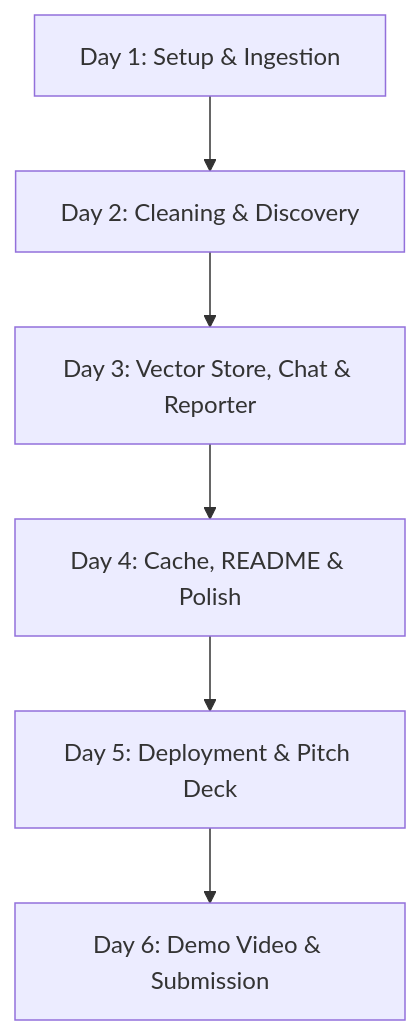
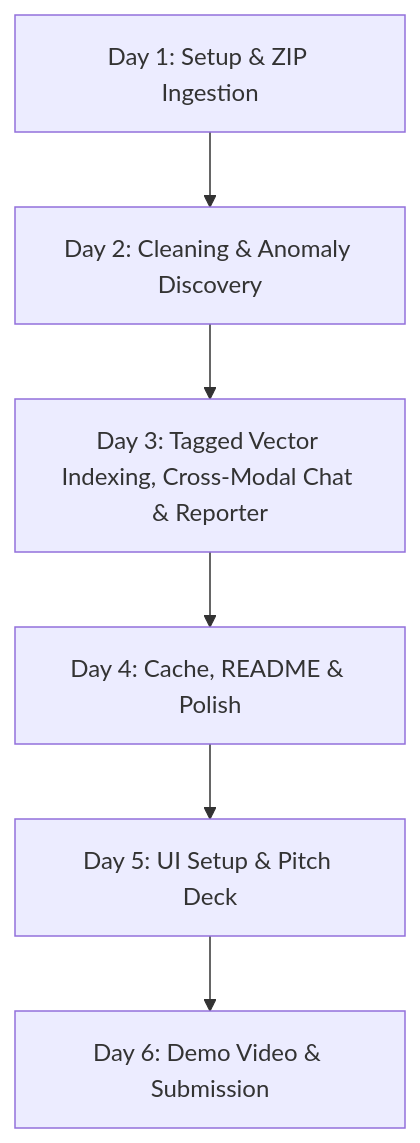
One commit to manasdutta04/meshloop changed the diagram in agent.md. Above: the diagram before and after it, drawn with Mermaid. The commit also changed other lines of this file and 1 other file, not shown here.

````diff
--- a/agent.md
+++ b/agent.md
@@ -51,8 +51,8 @@
 ```mermaid
 graph TD
-    Day1[Day 1: Setup & Ingestion] --> Day2[Day 2: Cleaning & Discovery]
-    Day2 --> Day3[Day 3: Vector Store, Chat & Reporter]
+    Day1[Day 1: Setup & ZIP Ingestion] --> Day2[Day 2: Cleaning & Anomaly Discovery]
+    Day2 --> Day3[Day 3: Tagged Vector Indexing, Cross-Modal Chat & Reporter]
     Day3 --> Day4[Day 4: Cache, README & Polish]
-    Day4 --> Day5[Day 5: Deployment & Pitch Deck]
+    Day4 --> Day5[Day 5: UI Setup & Pitch Deck]
     Day5 --> Day6[Day 6: Demo Video & Submission]
 ```
````
